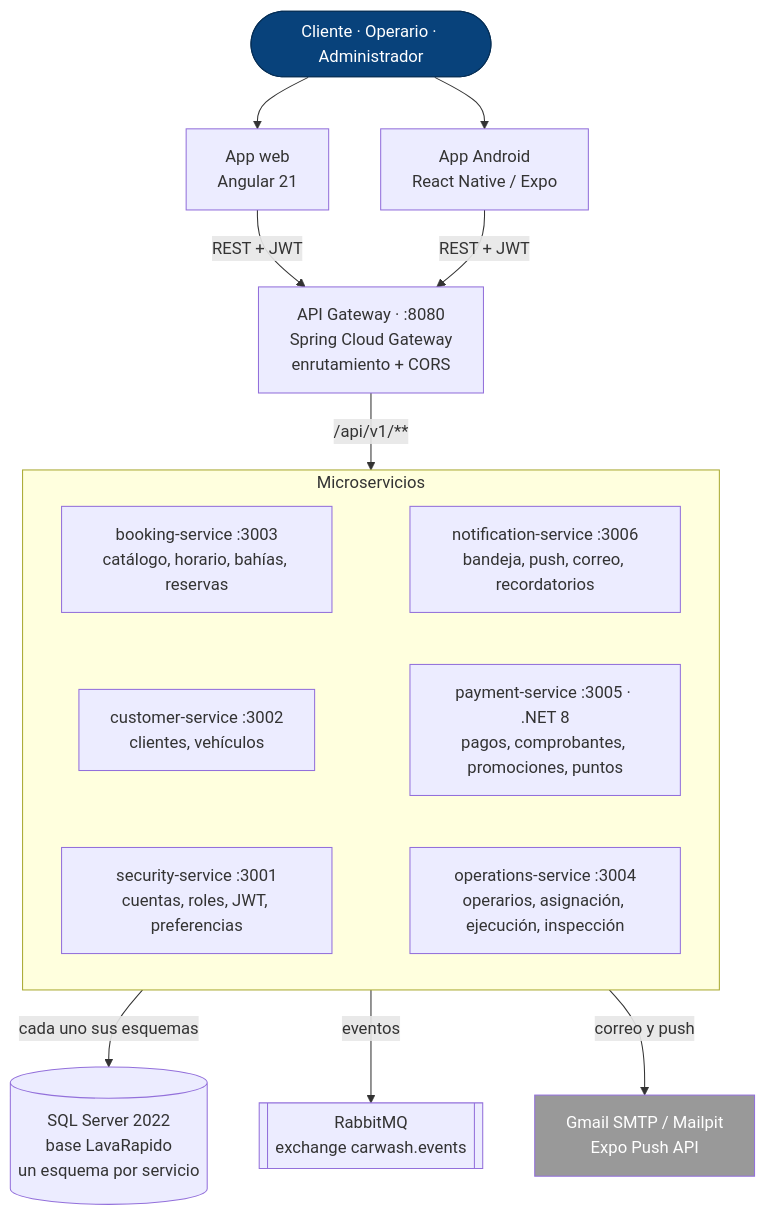
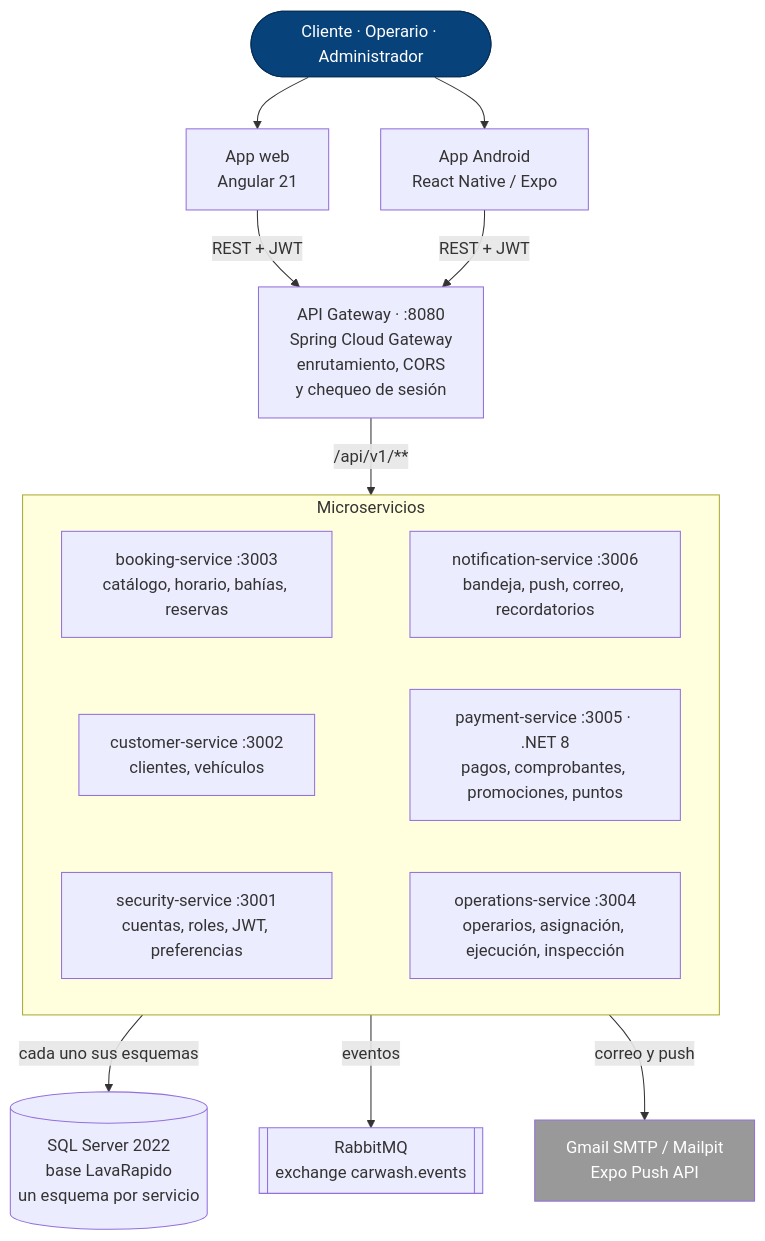
One commit to BrayanCABRERA123/lavarapido-docs changed the first of 8 diagrams in 01_INFORME_DE_ESPECIFICACION_DE_REQUISITOS/ES/MD/informe-de-especificacion-de-requisitos.md. Above: the diagram before and after it, drawn with Mermaid. The commit also changed other lines of this file, not shown here.

````diff
--- a/01_INFORME_DE_ESPECIFICACION_DE_REQUISITOS/ES/MD/informe-de-especificacion-de-requisitos.md
+++ b/01_INFORME_DE_ESPECIFICACION_DE_REQUISITOS/ES/MD/informe-de-especificacion-de-requisitos.md
@@ -223,36 +224,36 @@
 ```mermaid
 flowchart TB
     people(["Cliente · Operario · Administrador"]):::person
     web["App web<br/>Angular 21"]
     mobile["App Android<br/>React Native / Expo"]
-    gateway["API Gateway · :8080<br/>Spring Cloud Gateway<br/>enrutamiento + CORS"]
+    gateway["API Gateway · :8080<br/>Spring Cloud Gateway<br/>enrutamiento, CORS<br/>y chequeo de sesión"]
 
     subgraph services["Microservicios"]
         direction LR
         security["security-service :3001<br/>cuentas, roles, JWT, preferencias"]
         customer["customer-service :3002<br/>clientes, vehículos"]
         booking["booking-service :3003<br/>catálogo, horario, bahías, reservas"]
         operations["operations-service :3004<br/>operarios, asignación, ejecución, inspección"]
         payment["payment-service :3005 · .NET 8<br/>pagos, comprobantes, promociones, puntos"]
         notification["notification-service :3006<br/>bandeja, push, correo, recordatorios"]
         booking ~~~ notification
         customer ~~~ payment
         security ~~~ operations
     end
 
     sql[("SQL Server 2022<br/>base LavaRapido<br/>un esquema por servicio")]
     rabbit[["RabbitMQ<br/>exchange carwash.events"]]
     ext["Gmail SMTP / Mailpit<br/>Expo Push API"]:::ext
 
     people --> web
     people --> mobile
     web -- "REST + JWT" --> gateway
     mobile -- "REST + JWT" --> gateway
     gateway -- "/api/v1/**" --> services
     services -- "cada uno sus esquemas" --> sql
     services -- "eventos" --> rabbit
     services -- "correo y push" --> ext
 
     classDef person fill:#08427b,color:#fff,stroke:#052e56
     classDef ext fill:#999,color:#fff
 ```
````
